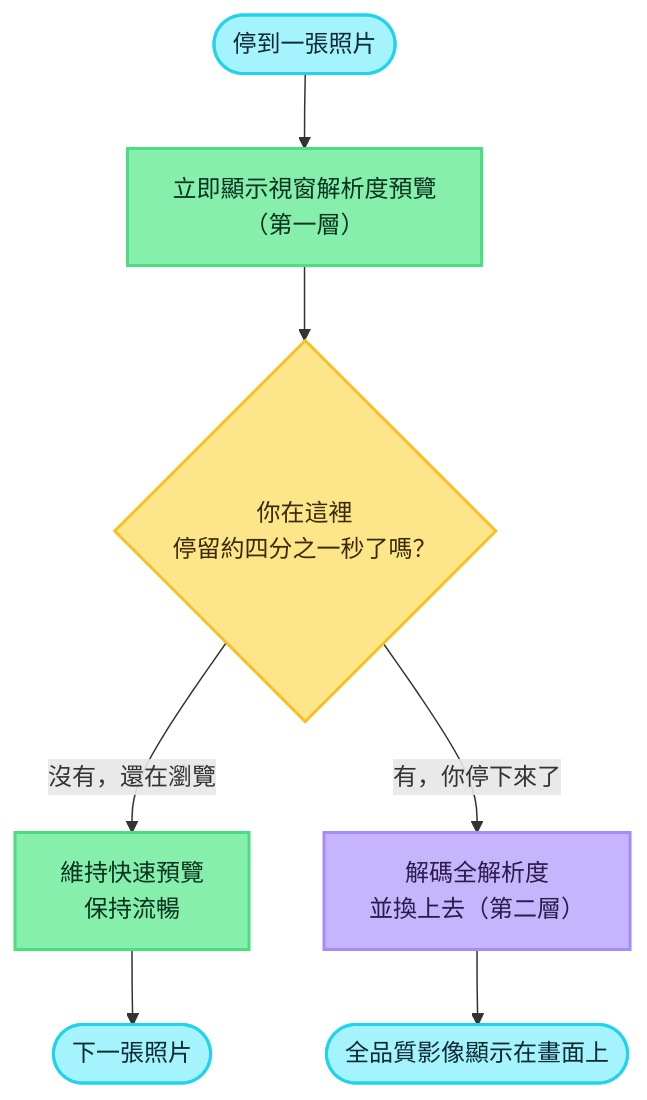
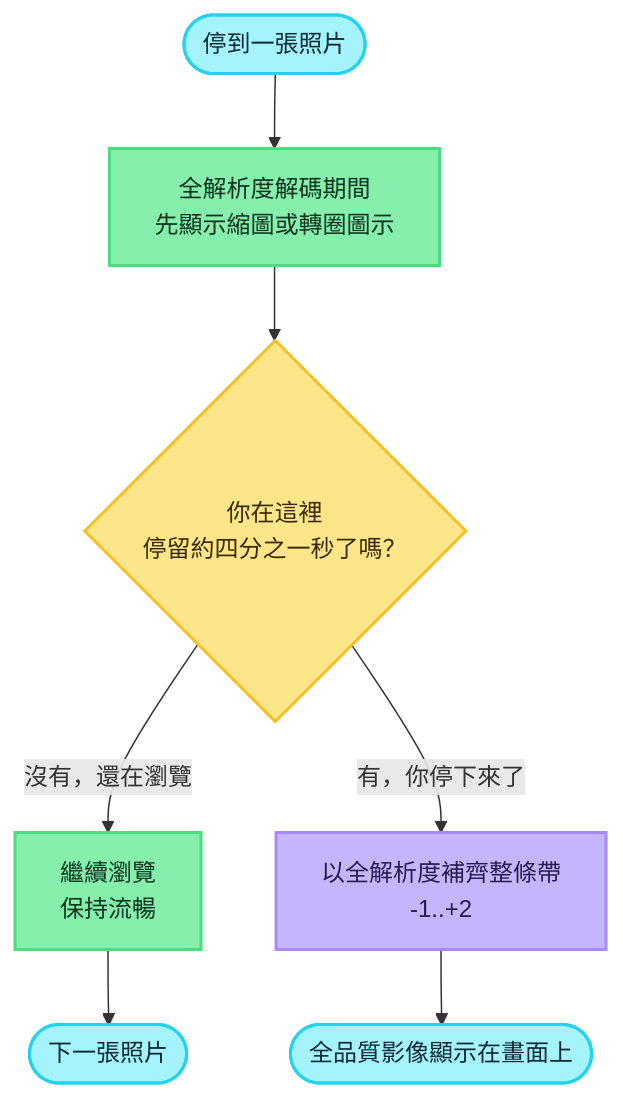
The sixth of 9 diagrams in README.zh-TW.md (jhangyu/halcyon), drawn with Mermaid before and after one commit. The commit also changed other lines of this file and 32 other files, not shown here.

````diff
--- a/README.zh-TW.md
+++ b/README.zh-TW.md
@@ -592,21 +592,21 @@
 ```mermaid
 flowchart TD
-    A(["停到一張照片"]) --> B["立即顯示視窗解析度預覽<br/>（第一層）"]
+    A(["停到一張照片"]) --> B["全解析度解碼期間<br/>先顯示縮圖或轉圈圖示"]
     B --> C{"你在這裡<br/>停留約四分之一秒了嗎？"}
-    C -- "沒有，還在瀏覽" --> D["維持快速預覽<br/>保持流暢"]
-    C -- "有，你停下來了" --> E["解碼全解析度<br/>並換上去（第二層）"]
+    C -- "沒有，還在瀏覽" --> D["繼續瀏覽<br/>保持流暢"]
+    C -- "有，你停下來了" --> E["以全解析度補齊整條帶<br/>-1..+2"]
     D --> F(["下一張照片"])
     E --> G(["全品質影像顯示在畫面上"])
 
     classDef start fill:#a5f3fc,stroke:#22d3ee,stroke-width:2px,color:#0e2a33;
     classDef decision fill:#fde68a,stroke:#fbbf24,stroke-width:2px,color:#3a2a04;
     classDef fast fill:#86efac,stroke:#4ade80,stroke-width:2px,color:#0b3320;
     classDef slow fill:#c4b5fd,stroke:#a78bfa,stroke-width:2px,color:#2a1c4d;
     classDef done fill:#a5f3fc,stroke:#22d3ee,stroke-width:2px,color:#0e2a33;
 
     class A start;
     class C decision;
     class B,D fast;
     class E slow;
     class F,G done;
 ```
````
